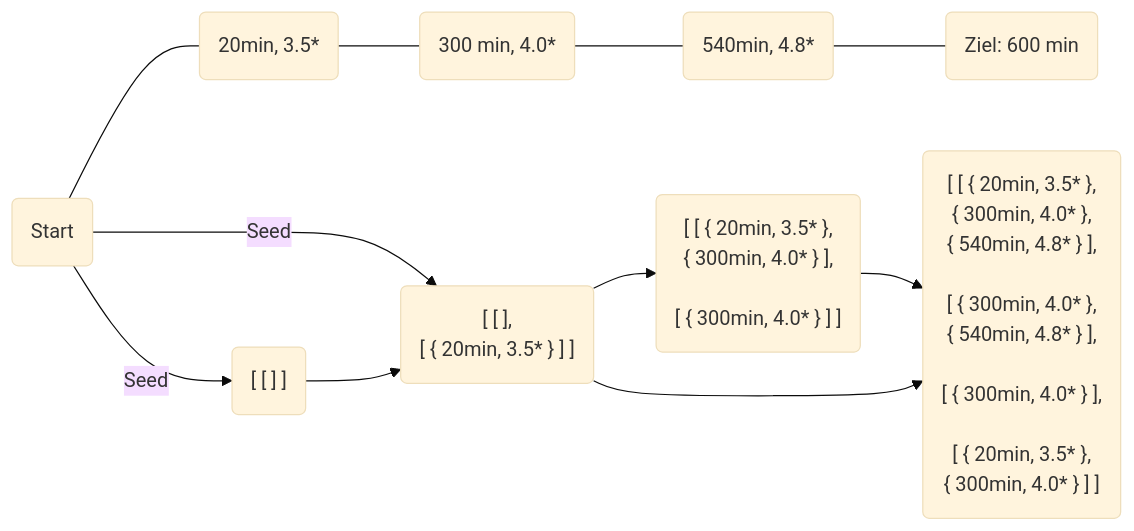
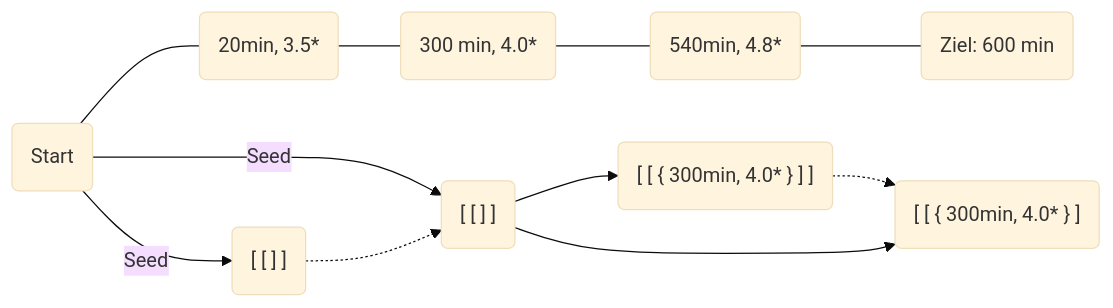
Before and after one commit to finn-rudolph/bwinf2021-1: the diagram in vollgeladen.md, drawn with Mermaid (base theme). The commit also changed other lines of this file and 2 other files, not shown here.

Commit message:
Vollgeladen: Improve Runtime
Add the condition, that a possible route is only continued, if it is a
better alternative to the already existing ones.

````diff
--- a/vollgeladen.md
+++ b/vollgeladen.md
@@ -11,39 +21,25 @@
 ```mermaid
 flowchart LR
 
 
 s(Start)---h1(20min, 3.5*)---h2(300 min, 4.0*)---h3(540min, 4.8*)---z(Ziel: 600 min)
 
 s -->|Seed| m1
 s -->|Seed| m2
 
 h1
 m1("[ [ ] ]")
-m1 --> m2 --> m3 --> m4
+m1 -.-> m2 --> m3 -.-> m4
 
 m2 --> m4
 
 
 h2
-m2("[ [ ],
-[ { 20min, 3.5* } ] ]")
+m2("[ [ ] ]")
 
 h3
 
-m3("[ [ { 20min, 3.5* },
-{ 300min, 4.0* } ],
+m3("[ [ { 300min, 4.0* } ] ]")
 
-[ { 300min, 4.0* } ] ]")
-
-m4("[ [ { 20min, 3.5* },
-{ 300min, 4.0* },
-{ 540min, 4.8* } ],
-
-[ { 300min, 4.0* },
-{ 540min, 4.8* } ],
-
-[ { 300min, 4.0* } ],
-
-[ { 20min, 3.5* },
-{ 300min, 4.0* } ] ]")
+m4("[ [ { 300min, 4.0* } ]")
 ```
````
